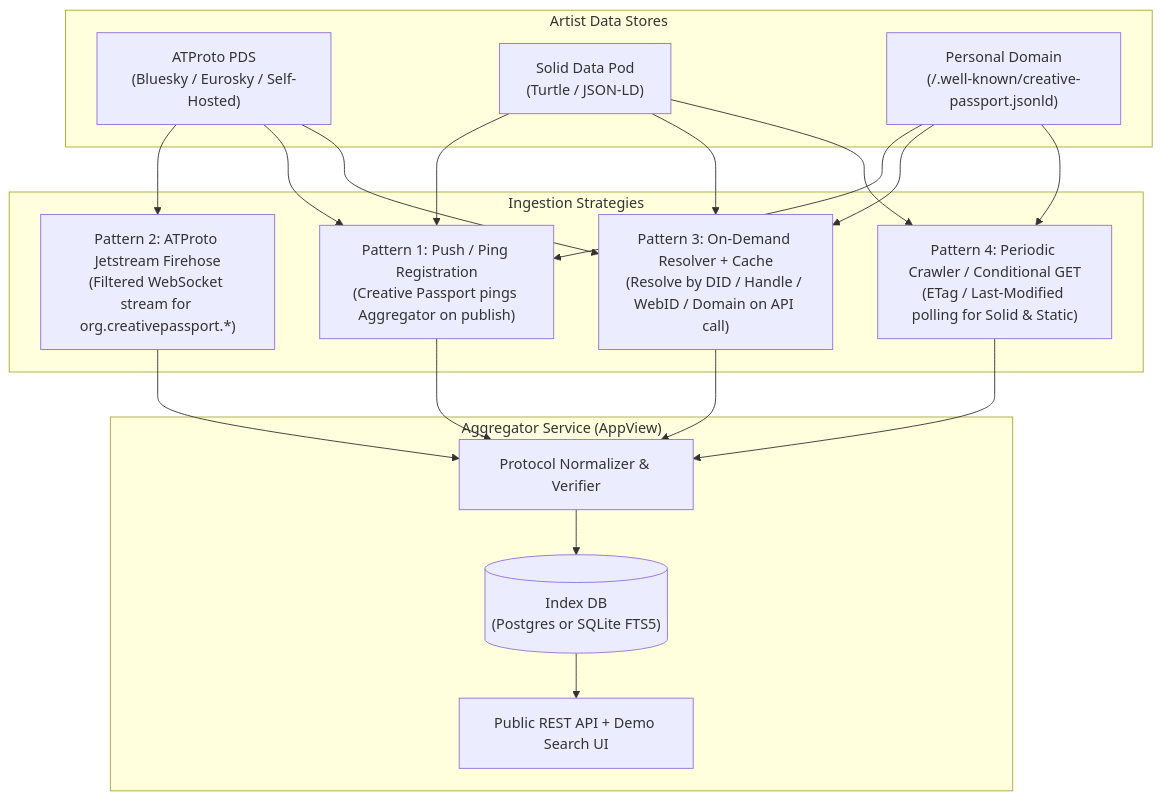
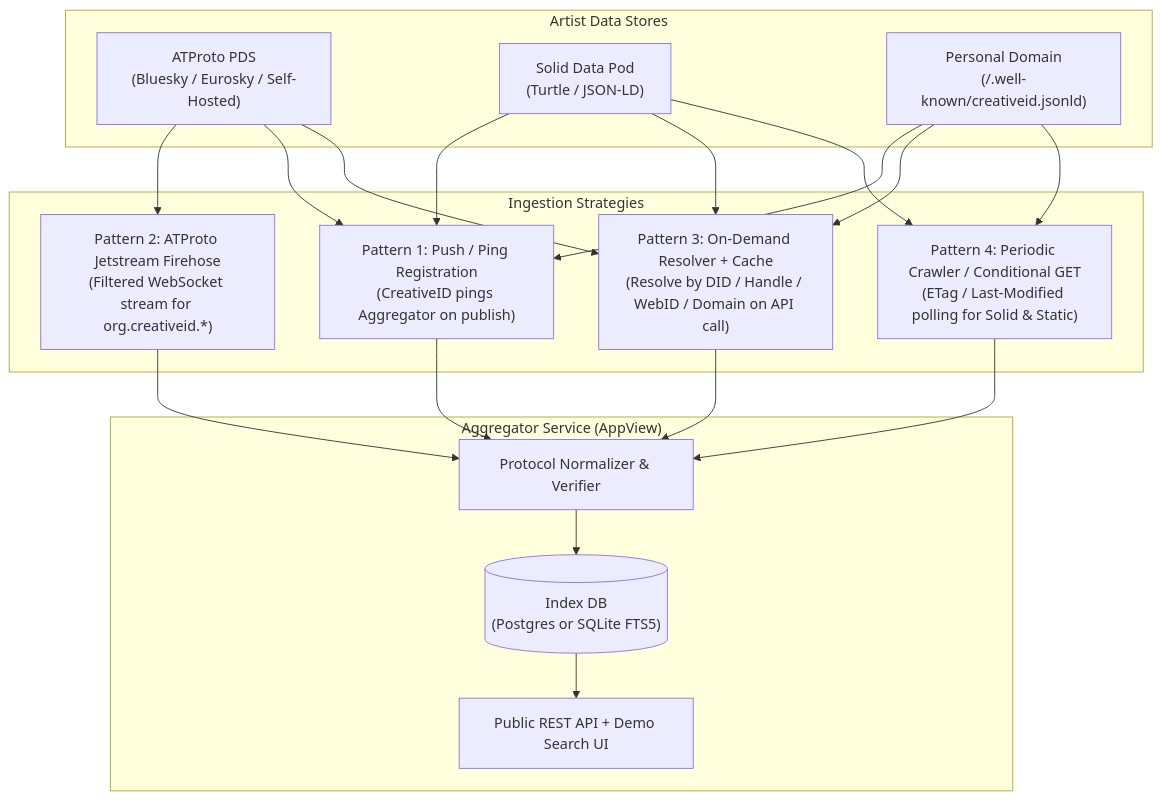
The diagram in AGGREGATOR_ARCHITECTURE.md (geocontrol/creativeid-studio), drawn with Mermaid before and after one commit. The commit also changed other lines of this file and 20 other files, not shown here.

First line of the commit message:
Rename Creative Passport to CreativeID (M1, no behaviour change)

````diff
--- a/AGGREGATOR_ARCHITECTURE.md
+++ b/AGGREGATOR_ARCHITECTURE.md
@@ -17,27 +17,27 @@
 ```mermaid
 flowchart TB
     subgraph Sources["Artist Data Stores"]
         PDS["ATProto PDS\n(Bluesky / Eurosky / Self-Hosted)"]
         Solid["Solid Data Pod\n(Turtle / JSON-LD)"]
-        Static["Personal Domain\n(/.well-known/creative-passport.jsonld)"]
+        Static["Personal Domain\n(/.well-known/creativeid.jsonld)"]
     end
 
     subgraph Ingestion["Ingestion Strategies"]
-        M1["Pattern 1: Push / Ping Registration\n(Creative Passport pings Aggregator on publish)"]
-        M2["Pattern 2: ATProto Jetstream Firehose\n(Filtered WebSocket stream for org.creativepassport.*)"]
+        M1["Pattern 1: Push / Ping Registration\n(CreativeID pings Aggregator on publish)"]
+        M2["Pattern 2: ATProto Jetstream Firehose\n(Filtered WebSocket stream for org.creativeid.*)"]
         M3["Pattern 3: On-Demand Resolver + Cache\n(Resolve by DID / Handle / WebID / Domain on API call)"]
         M4["Pattern 4: Periodic Crawler / Conditional GET\n(ETag / Last-Modified polling for Solid & Static)"]
     end
 
     subgraph Core["Aggregator Service (AppView)"]
         Norm["Protocol Normalizer & Verifier"]
         DB[("Index DB\n(Postgres or SQLite FTS5)")]
         API["Public REST API + Demo Search UI"]
     end
 
     PDS --> M2 & M1 & M3
     Solid --> M1 & M3 & M4
     Static --> M1 & M3 & M4
 
     M1 & M2 & M3 & M4 --> Norm --> DB --> API
 ```
````
